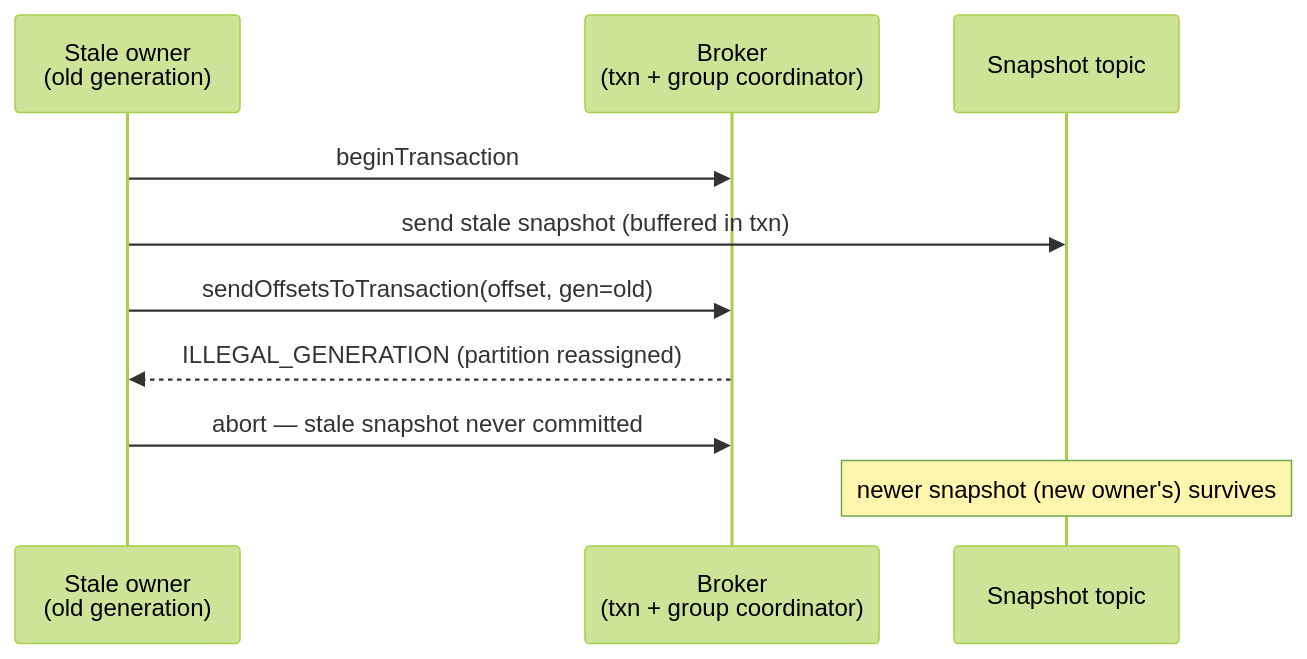
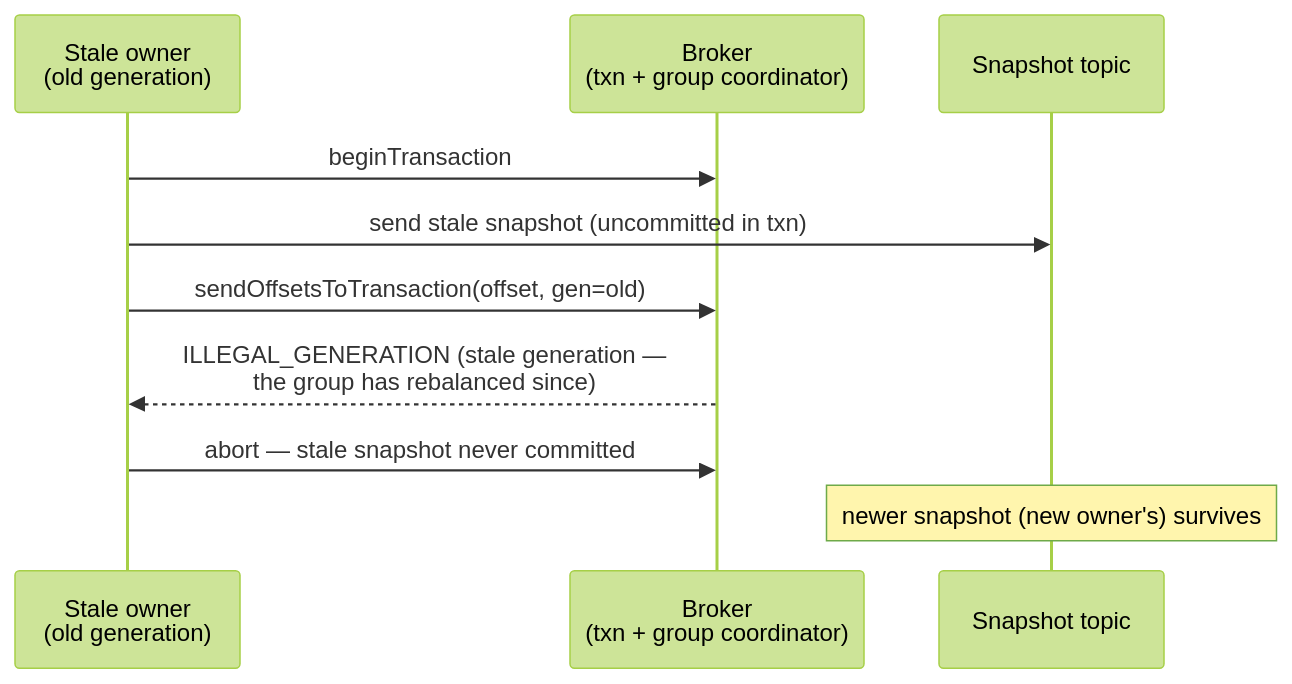
The second of 2 diagrams in docs/kafka-single-writer-design.md (tobiajo/kafka-flow), drawn with Mermaid (forest theme) before and after one commit. The commit also changed other lines of this file and 2 other files, not shown here.

````diff
--- a/docs/kafka-single-writer-design.md
+++ b/docs/kafka-single-writer-design.md
@@ -56,13 +57,13 @@
 ```mermaid
 sequenceDiagram
-    participant B as Stale owner<br/>(old generation)
+    participant S as Stale owner<br/>(old generation)
     participant TC as Broker<br/>(txn + group coordinator)
     participant ST as Snapshot topic
 
-    B->>TC: beginTransaction
-    B->>ST: send stale snapshot (buffered in txn)
-    B->>TC: sendOffsetsToTransaction(offset, gen=old)
-    TC-->>B: ILLEGAL_GENERATION (partition reassigned)
-    B->>TC: abort — stale snapshot never committed
+    S->>TC: beginTransaction
+    S->>ST: send stale snapshot (uncommitted in txn)
+    S->>TC: sendOffsetsToTransaction(offset, gen=old)
+    TC-->>S: ILLEGAL_GENERATION (stale generation —<br/>the group has rebalanced since)
+    S->>TC: abort — stale snapshot never committed
     Note over ST: newer snapshot (new owner's) survives
 ```
````
